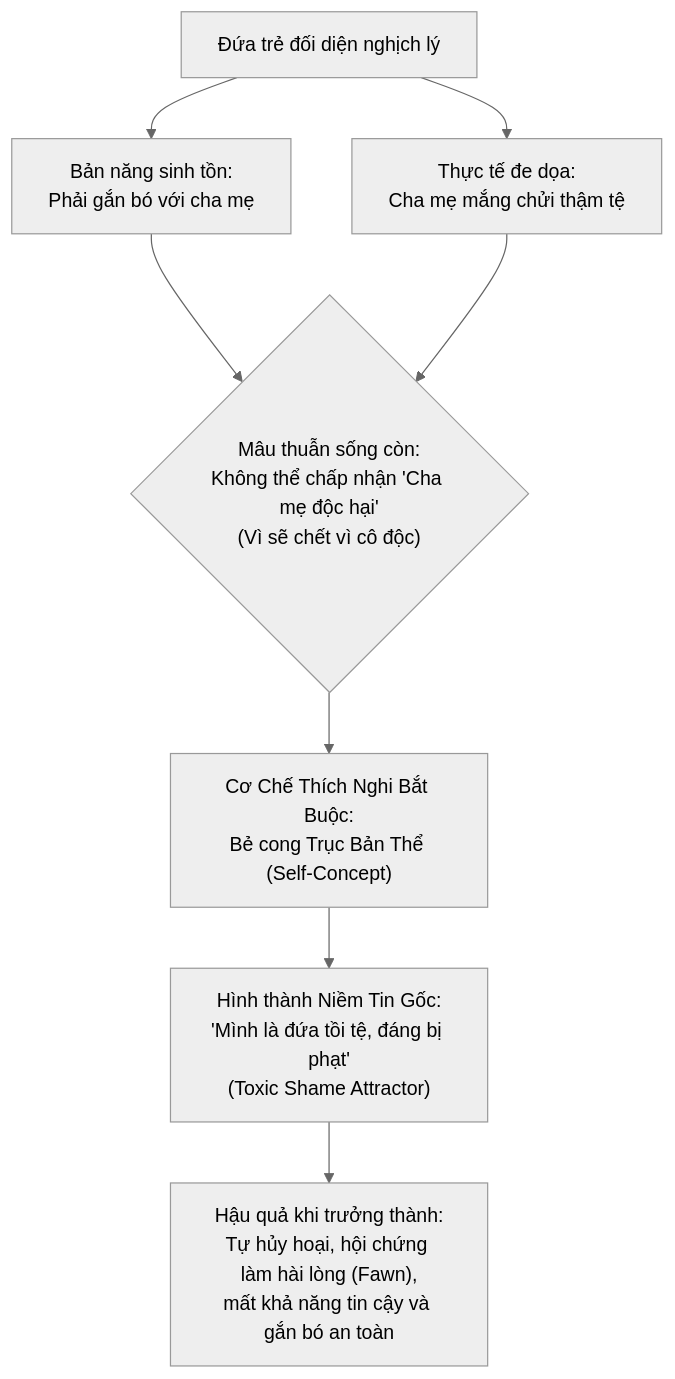
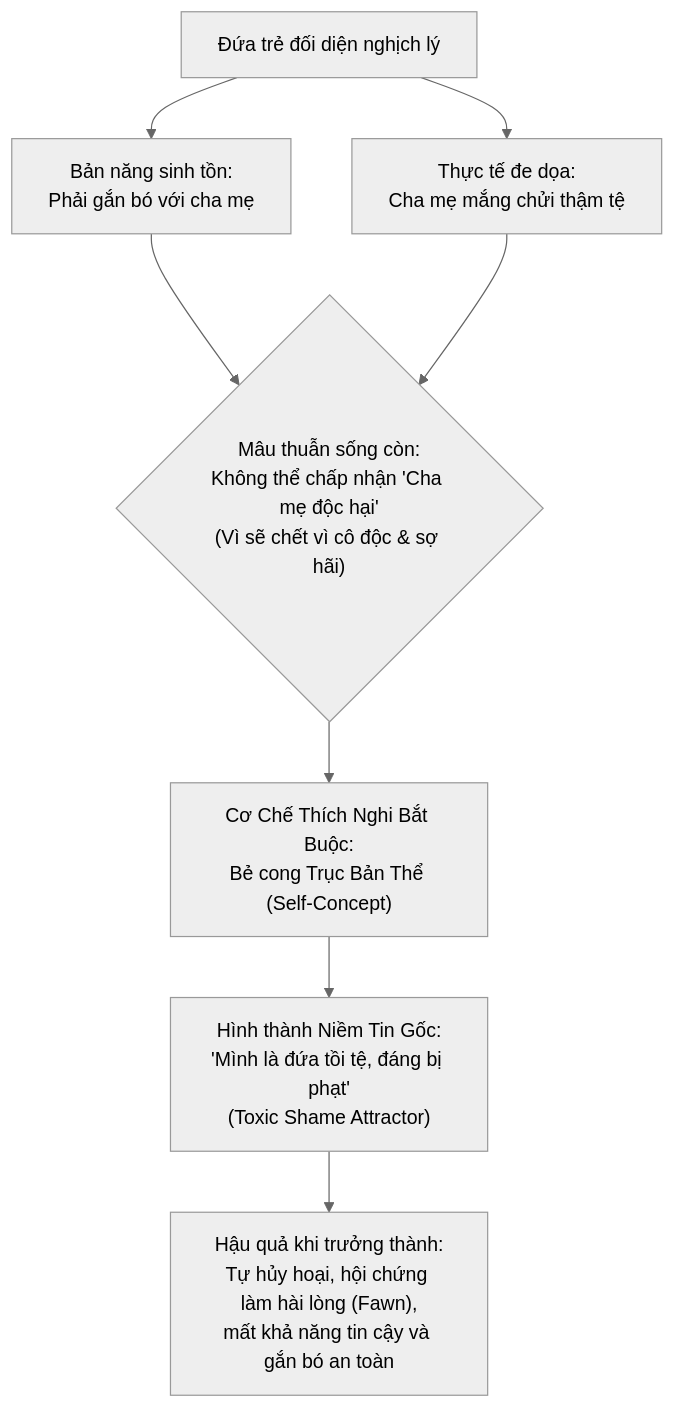
One commit to HeldenChill/Researchs changed the fifth of 6 diagrams in Mo-Hinh-Tam-Ly-Va-Sang-Chan-Da-Chieu.md. Above: the diagram before and after it, drawn with Mermaid (neutral theme). The commit also changed other lines of this file and 1 other file, not shown here.

````diff
--- a/Mo-Hinh-Tam-Ly-Va-Sang-Chan-Da-Chieu.md
+++ b/Mo-Hinh-Tam-Ly-Va-Sang-Chan-Da-Chieu.md
@@ -132,18 +181,18 @@
 ```mermaid
 flowchart TD
     Child["Đứa trẻ đối diện nghịch lý"]
     
     NeedSafety["Bản năng sinh tồn:<br/>Phải gắn bó với cha mẹ"]
     Threat["Thực tế đe dọa:<br/>Cha mẹ mắng chửi thậm tệ"]
     
     Child --> NeedSafety
     Child --> Threat
     
-    NeedSafety & Threat --> Dilemma{"Mâu thuẫn sống còn:<br/>Không thể chấp nhận 'Cha mẹ độc hại'<br/>(Vì sẽ chết vì cô độc)"}
+    NeedSafety & Threat --> Dilemma{"Mâu thuẫn sống còn:<br/>Không thể chấp nhận 'Cha mẹ độc hại'<br/>(Vì sẽ chết vì cô độc & sợ hãi)"}
     
     Dilemma --> AdaptiveDefense["Cơ Chế Thích Nghi Bắt Buộc:<br/>Bẻ cong Trục Bản Thể (Self-Concept)"]
     
     AdaptiveDefense --> ToxicShame["Hình thành Niềm Tin Gốc:<br/>'Mình là đứa tồi tệ, đáng bị phạt'<br/>(Toxic Shame Attractor)"]
     
     ToxicShame --> AdultOutcome["Hậu quả khi trưởng thành:<br/>Tự hủy hoại, hội chứng làm hài lòng (Fawn),<br/>mất khả năng tin cậy và gắn bó an toàn"]
 ```
````
